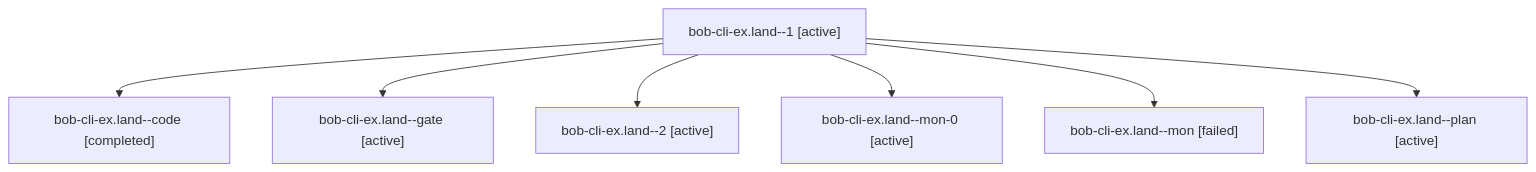
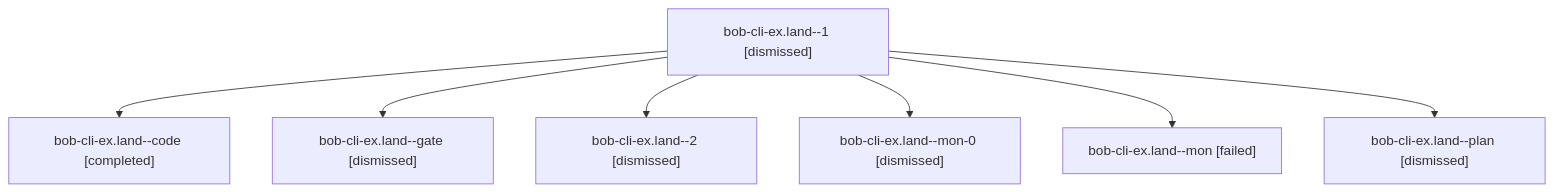
The diagram in sessions/bbugyi200.apollo.bob-cli-ex.land.md (bobs-org/bob-cli--agents), drawn with Mermaid before and after one commit. The commit also changed other lines of this file and 310 other files, not shown here.

````diff
--- a/sessions/bbugyi200.apollo.bob-cli-ex.land.md
+++ b/sessions/bbugyi200.apollo.bob-cli-ex.land.md
@@ -9,16 +9,16 @@
 ```mermaid
 flowchart TD
-  n0["bob-cli-ex.land--1 [active]"]
+  n0["bob-cli-ex.land--1 [dismissed]"]
   n1["bob-cli-ex.land--code [completed]"]
   n0 --> n1
-  n2["bob-cli-ex.land--gate [active]"]
+  n2["bob-cli-ex.land--gate [dismissed]"]
   n0 --> n2
-  n3["bob-cli-ex.land--2 [active]"]
+  n3["bob-cli-ex.land--2 [dismissed]"]
   n0 --> n3
-  n4["bob-cli-ex.land--mon-0 [active]"]
+  n4["bob-cli-ex.land--mon-0 [dismissed]"]
   n0 --> n4
   n5["bob-cli-ex.land--mon [failed]"]
   n0 --> n5
-  n6["bob-cli-ex.land--plan [active]"]
+  n6["bob-cli-ex.land--plan [dismissed]"]
   n0 --> n6
 ```
````
